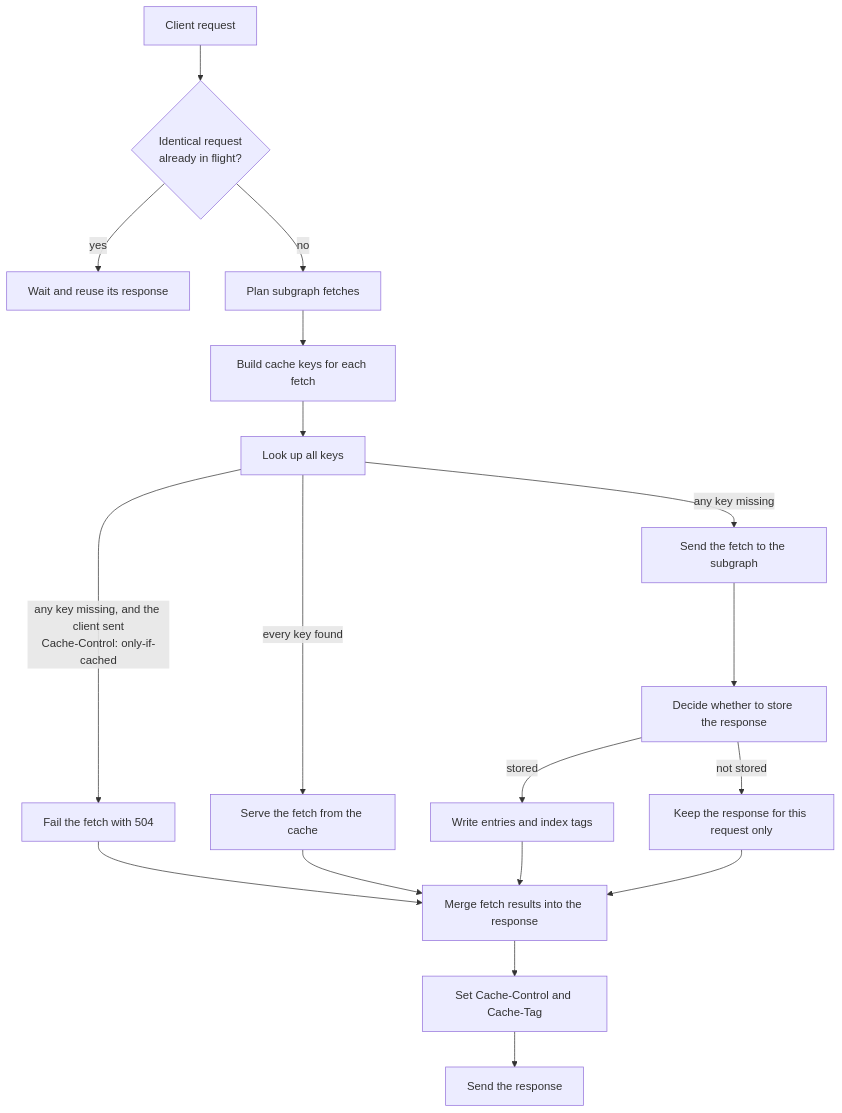
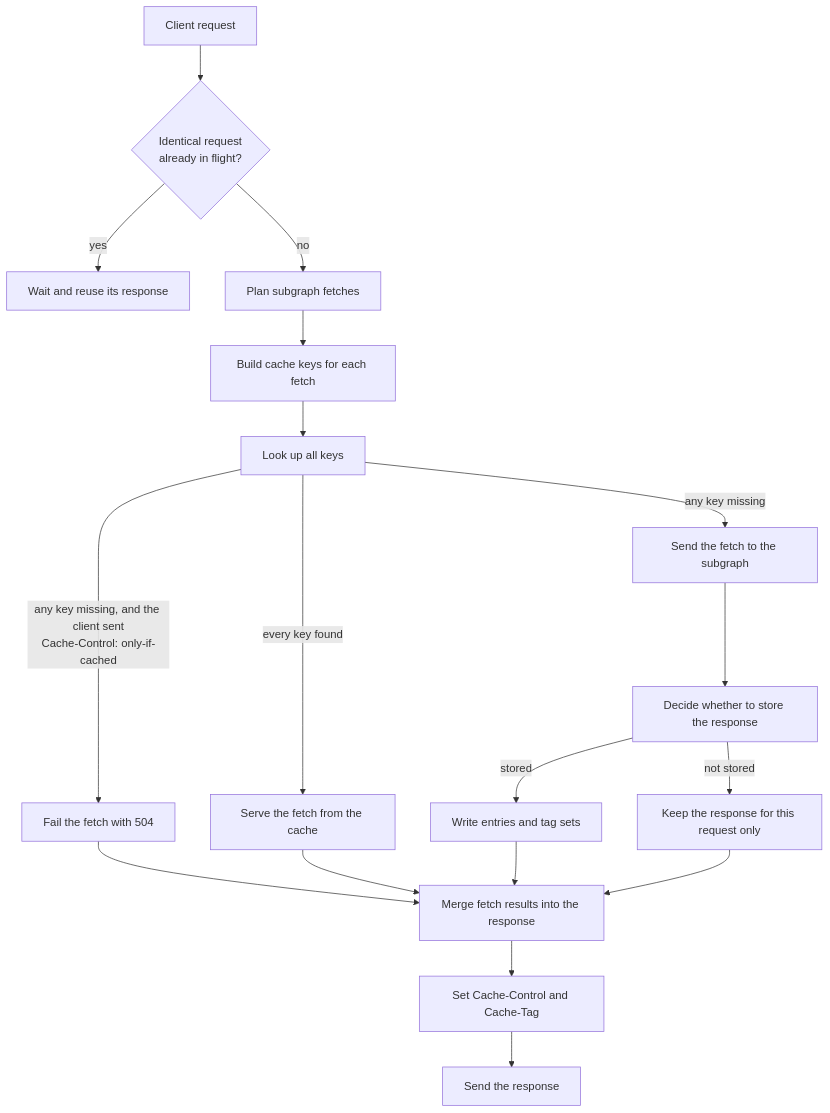
Before and after one commit to wundergraph/cosmo: the diagram in docs-website/router/response-cache/how-it-works.mdx, drawn with Mermaid. The commit also changed other lines of this file, not shown here.

````diff
--- a/docs-website/router/response-cache/how-it-works.mdx
+++ b/docs-website/router/response-cache/how-it-works.mdx
@@ -18,20 +81,20 @@
 ```mermaid
 flowchart TD
   A[Client request] --> B{Identical request<br/>already in flight?}
   B -- yes --> C[Wait and reuse its response]
   B -- no --> D[Plan subgraph fetches]
   D --> E[Build cache keys for each fetch]
   E --> F[Look up all keys]
   F -- every key found --> G[Serve the fetch from the cache]
   F -- any key missing --> H[Send the fetch to the subgraph]
   F -- "any key missing, and the client sent<br/>Cache-Control: only-if-cached" --> X[Fail the fetch with 504]
   X --> L
   H --> I[Decide whether to store the response]
-  I -- stored --> J[Write entries and index tags]
+  I -- stored --> J[Write entries and tag sets]
   I -- not stored --> K[Keep the response for this request only]
   G --> L[Merge fetch results into the response]
   J --> L
   K --> L
   L --> M[Set Cache-Control and Cache-Tag]
   M --> N[Send the response]
 ```
````
